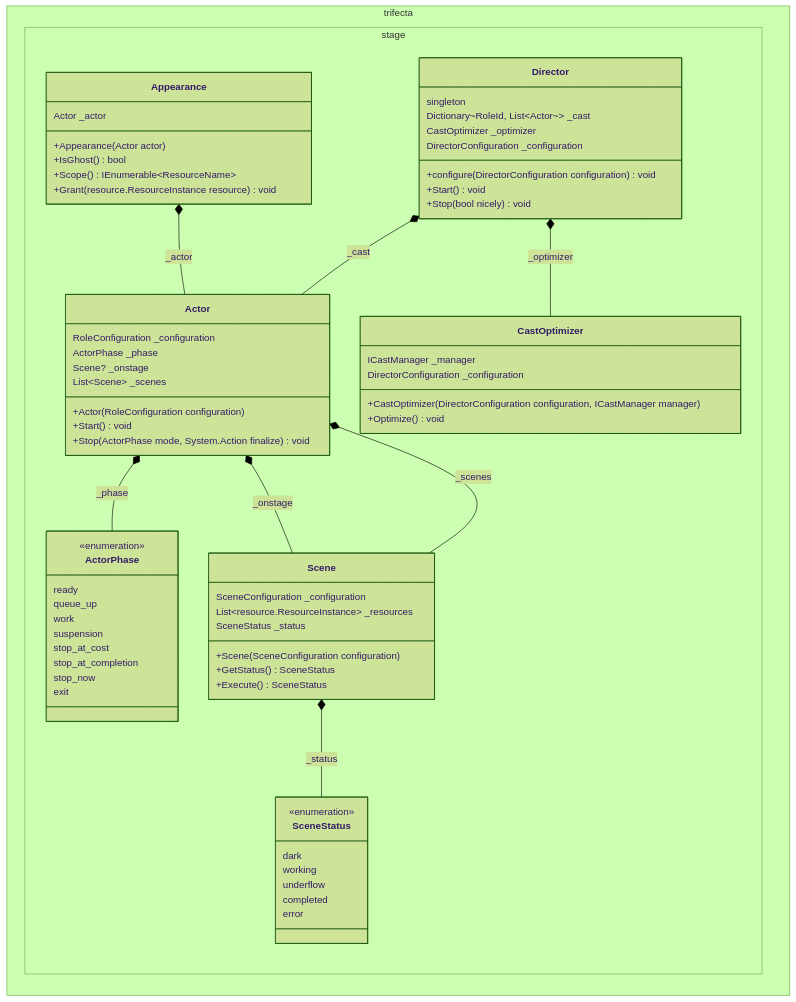
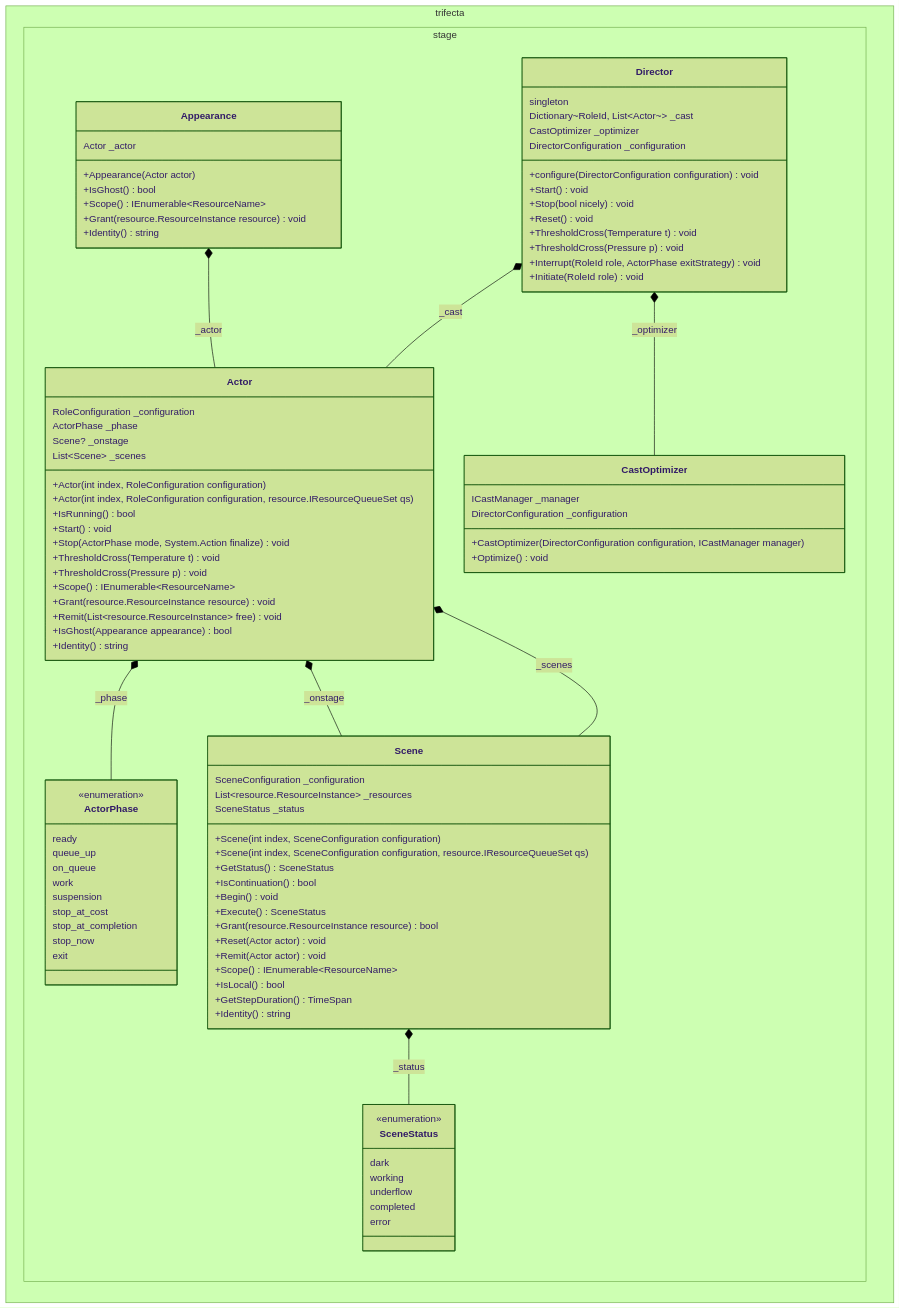
One commit to byron-hawkins/trifecta changed the diagram in doc/architecture/figures/actor.md. Above: the diagram before and after it, drawn with Mermaid (forest theme). The commit also changed 26 other files, not shown here.

Commit message:
Regenerate architecture outlines from C# source after fixing an issues on the reverse SMD compiler

```diff
--- a/doc/architecture/figures/actor.md
+++ b/doc/architecture/figures/actor.md
@@ -8,9 +8,18 @@
     ActorPhase _phase
     Scene? _onstage
     List~Scene~ _scenes
-    +Actor(RoleConfiguration configuration)
+    +Actor(int index, RoleConfiguration configuration)
+    +Actor(int index, RoleConfiguration configuration, resource.IResourceQueueSet qs)
+    +IsRunning() bool
     +Start() void
     +Stop(ActorPhase mode, System.Action finalize) void
+    +ThresholdCross(Temperature t) void
+    +ThresholdCross(Pressure p) void
+    +Scope() IEnumerable~ResourceName~
+    +Grant(resource.ResourceInstance resource) void
+    +Remit(List~resource.ResourceInstance~ free) void
+    +IsGhost(Appearance appearance) bool
+    +Identity() string
   }
   class Appearance {
     Actor _actor
@@ -18,14 +27,25 @@
     +IsGhost() bool
     +Scope() IEnumerable~ResourceName~
     +Grant(resource.ResourceInstance resource) void
+    +Identity() string
   }
   class Scene {
     SceneConfiguration _configuration
     List~resource.ResourceInstance~ _resources
     SceneStatus _status
-    +Scene(SceneConfiguration configuration)
+    +Scene(int index, SceneConfiguration configuration)
+    +Scene(int index, SceneConfiguration configuration, resource.IResourceQueueSet qs)
     +GetStatus() SceneStatus
+    +IsContinuation() bool
+    +Begin() void
     +Execute() SceneStatus
+    +Grant(resource.ResourceInstance resource) bool
+    +Reset(Actor actor) void
+    +Remit(Actor actor) void
+    +Scope() IEnumerable~ResourceName~
+    +IsLocal() bool
+    +GetStepDuration() TimeSpan
+    +Identity() string
   }
   class Director {
     singleton
@@ -35,6 +55,11 @@
     +configure(DirectorConfiguration configuration) void
     +Start() void
     +Stop(bool nicely) void
+    +Reset() void
+    +ThresholdCross(Temperature t) void
+    +ThresholdCross(Pressure p) void
+    +Interrupt(RoleId role, ActorPhase exitStrategy) void
+    +Initiate(RoleId role) void
   }
   class CastOptimizer {
     ICastManager _manager
@@ -46,6 +71,7 @@
     <<enumeration>>
     ready
     queue_up
+    on_queue
     work
     suspension
     stop_at_cost
```
